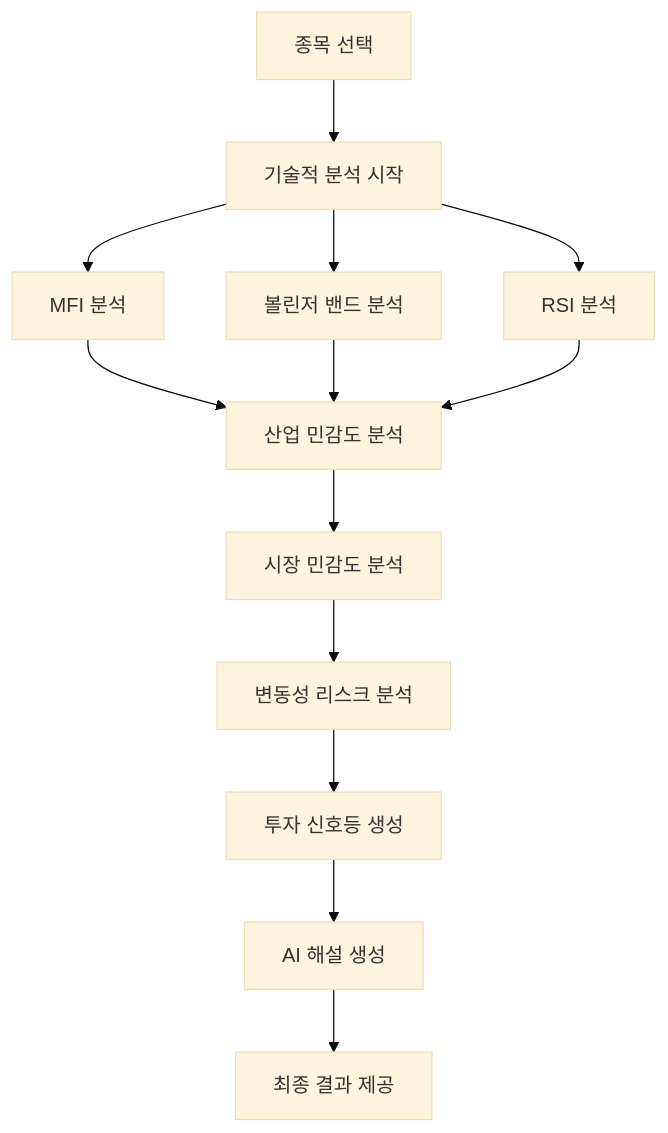
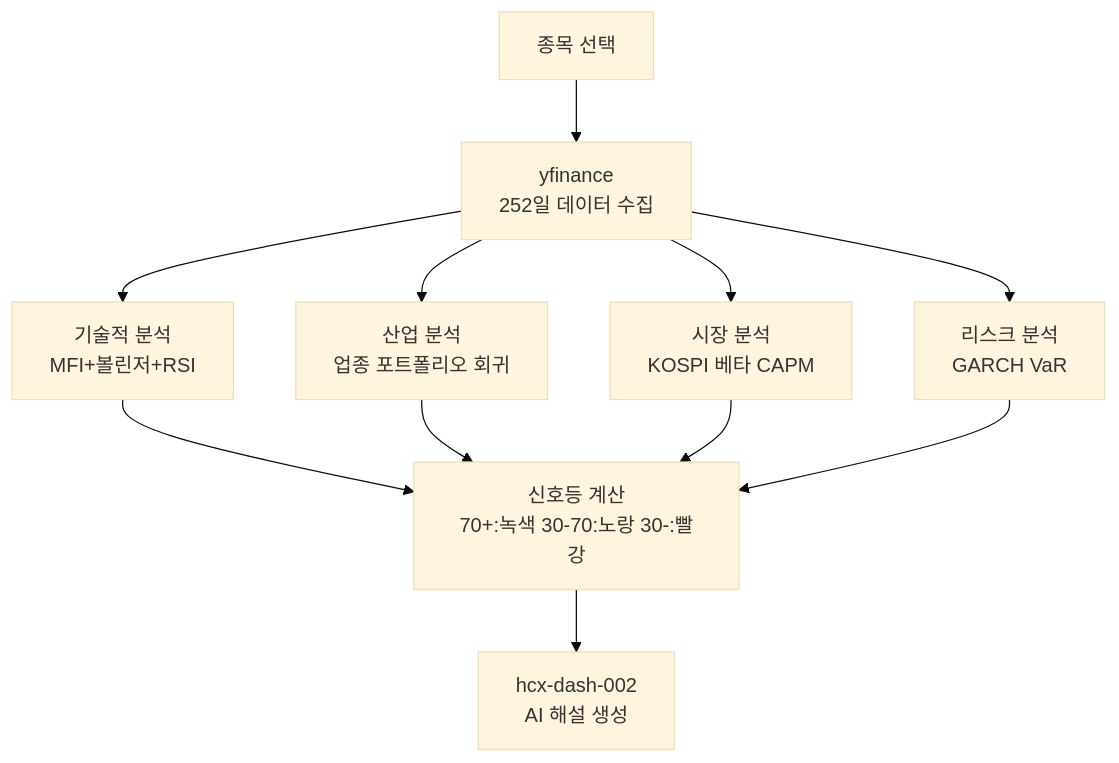
The third of 4 diagrams in README.md (Plokies-2/AIfestival), drawn with Mermaid (base theme) before and after one commit. The commit also changed other lines of this file and 12 other files, not shown here.

````diff
--- a/README.md
+++ b/README.md
@@ -111,15 +160,13 @@
 ```mermaid
 graph TD
-    A[종목 선택] --> B[기술적 분석 시작]
-    B --> C[MFI 분석]
-    B --> D[볼린저 밴드 분석]
-    B --> E[RSI 분석]
-    C --> F[산업 민감도 분석]
-    D --> F
-    E --> F
-    F --> G[시장 민감도 분석]
-    G --> H[변동성 리스크 분석]
-    H --> I[투자 신호등 생성]
-    I --> J[AI 해설 생성]
-    J --> K[최종 결과 제공]
+    A[종목 선택] --> B[yfinance<br/>252일 데이터 수집]
+    B --> C[기술적 분석<br/>MFI+볼린저+RSI]
+    B --> D[산업 분석<br/>업종 포트폴리오 회귀]
+    B --> E[시장 분석<br/>KOSPI 베타 CAPM]
+    B --> F[리스크 분석<br/>GARCH VaR]
+    C --> G[신호등 계산<br/>70+:녹색 30-70:노랑 30-:빨강]
+    D --> G
+    E --> G
+    F --> G
+    G --> H[hcx-dash-002<br/>AI 해설 생성]
 ```
````
